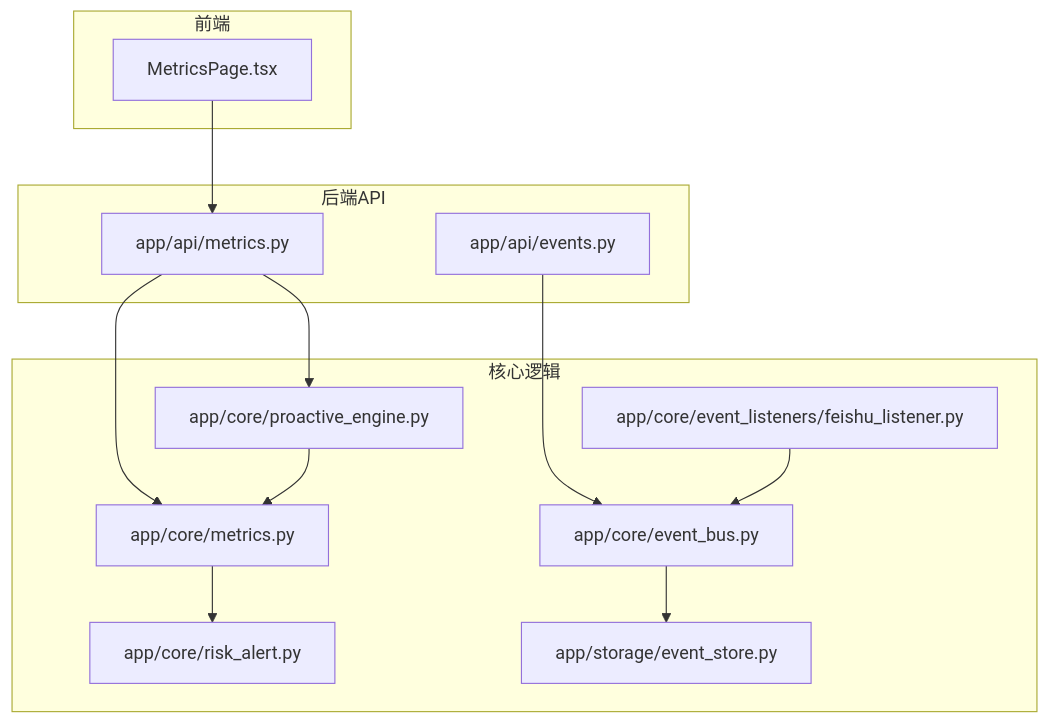
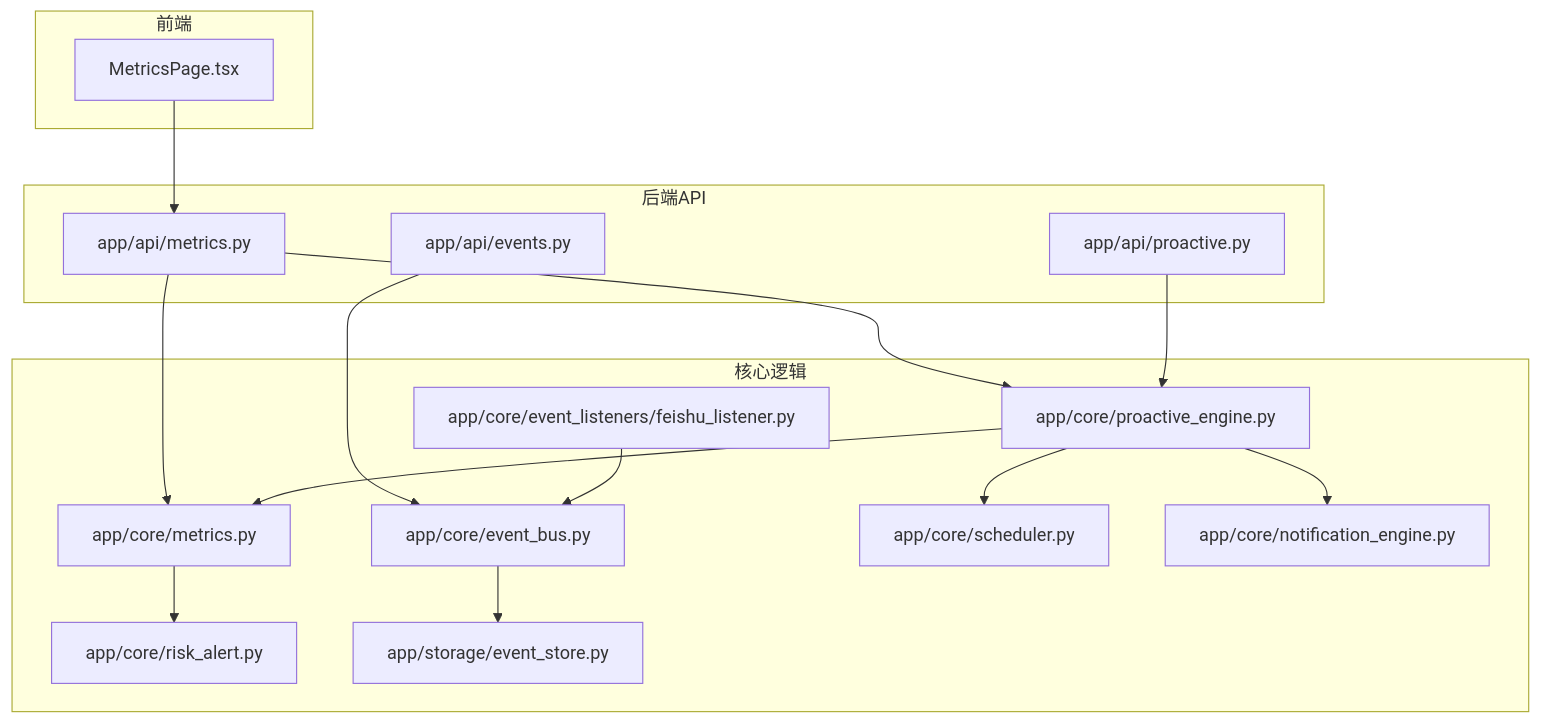
The first of 10 diagrams in .qoder/repowiki/zh/content/监控与运维/系统健康监控.md (angledick/-), drawn with Mermaid before and after one commit. The commit also changed other lines of this file and 313 other files, not shown here.

````diff
--- a/.qoder/repowiki/zh/content/监控与运维/系统健康监控.md
+++ b/.qoder/repowiki/zh/content/监控与运维/系统健康监控.md
@@ -62,26 +72,32 @@
 ```mermaid
 graph TB
 subgraph "前端"
 FE_Metrics["MetricsPage.tsx"]
 end
 subgraph "后端API"
 API_Metrics["app/api/metrics.py"]
 API_Events["app/api/events.py"]
+API_Heartbeat["app/api/proactive.py"]
 end
 subgraph "核心逻辑"
 Core_Metrics["app/core/metrics.py"]
 Core_Proactive["app/core/proactive_engine.py"]
 Core_Risk["app/core/risk_alert.py"]
 Core_EventBus["app/core/event_bus.py"]
 Core_Feishu["app/core/event_listeners/feishu_listener.py"]
 Core_EventStore["app/storage/event_store.py"]
+Core_Scheduler["app/core/scheduler.py"]
+Core_Notification["app/core/notification_engine.py"]
 end
 FE_Metrics --> API_Metrics
 API_Metrics --> Core_Metrics
 API_Metrics --> Core_Proactive
 API_Events --> Core_EventBus
+API_Heartbeat --> Core_Proactive
 Core_Metrics --> Core_Risk
 Core_Proactive --> Core_Metrics
+Core_Proactive --> Core_Scheduler
+Core_Proactive --> Core_Notification
 Core_EventBus --> Core_EventStore
 Core_Feishu --> Core_EventBus
 ```
````
